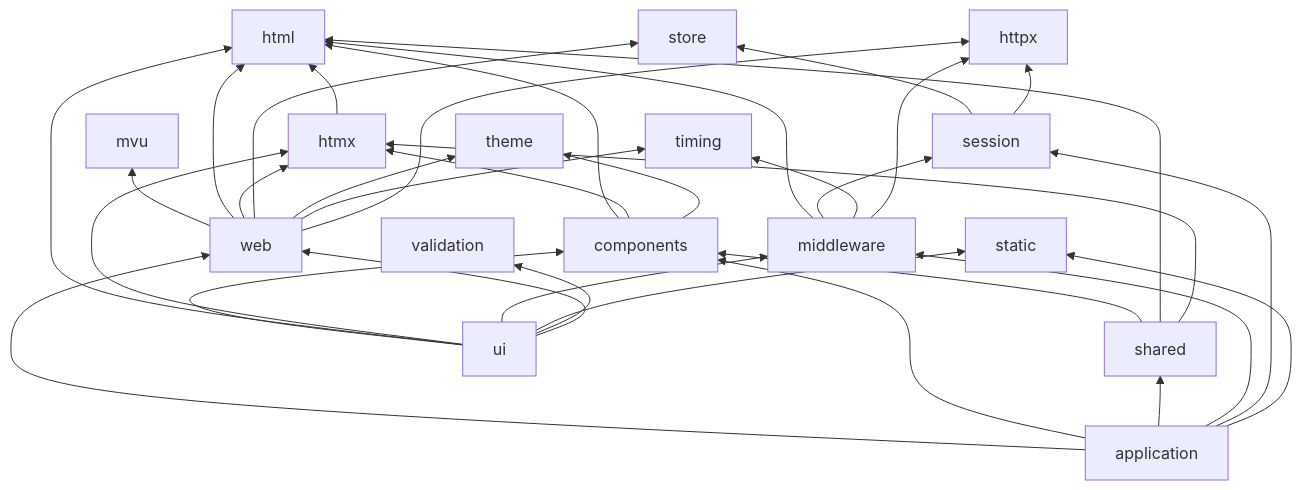
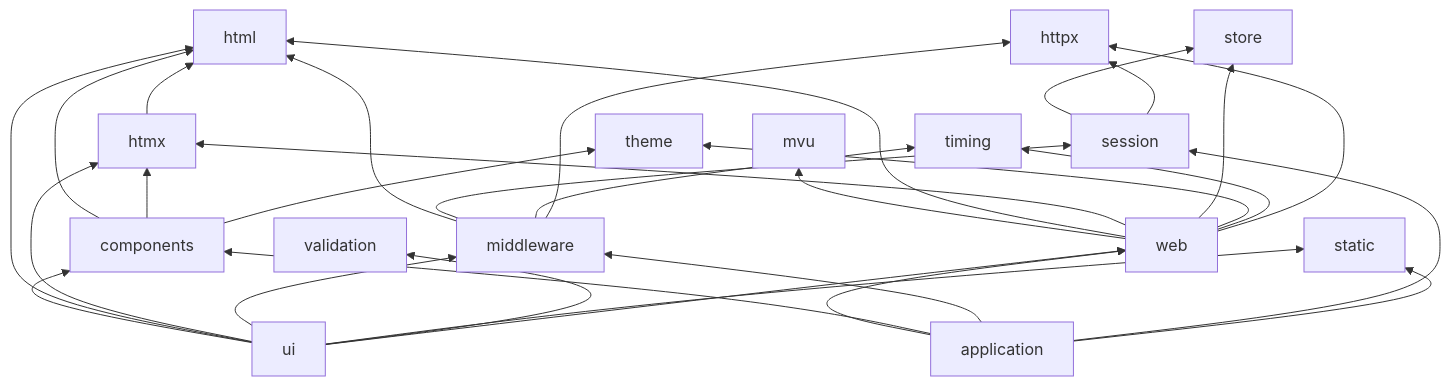
One commit to dmundt/go-mvu changed the first of 2 diagrams in docs/architecture.md. Above: the diagram before and after it, drawn with Mermaid. The commit also changed other lines of this file and 30 other files, not shown here.

````diff
--- a/docs/architecture.md
+++ b/docs/architecture.md
@@ -67,12 +65,11 @@
 ```mermaid
 flowchart BT
   html; mvu; store; theme; static; validation; timing; httpx
   htmx --> html
   session --> store & httpx
   middleware --> html & session & timing & httpx
   components --> html & htmx & theme
-  shared --> components & html & htmx
   web --> mvu & html & htmx & store & theme & timing & httpx
   ui --> components & html & htmx & middleware & static & validation & web
-  app[application] --> web & components & shared & middleware & session & static
+  app[application] --> web & components & middleware & session & static
 ```
````
